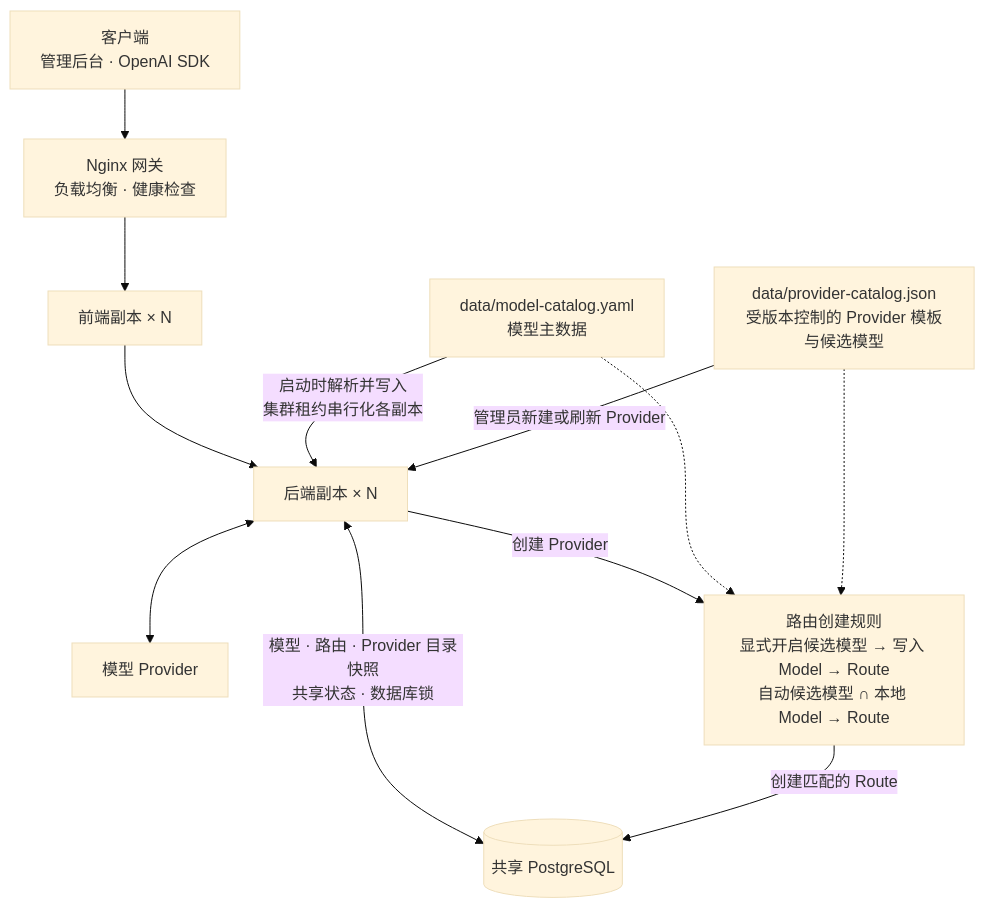
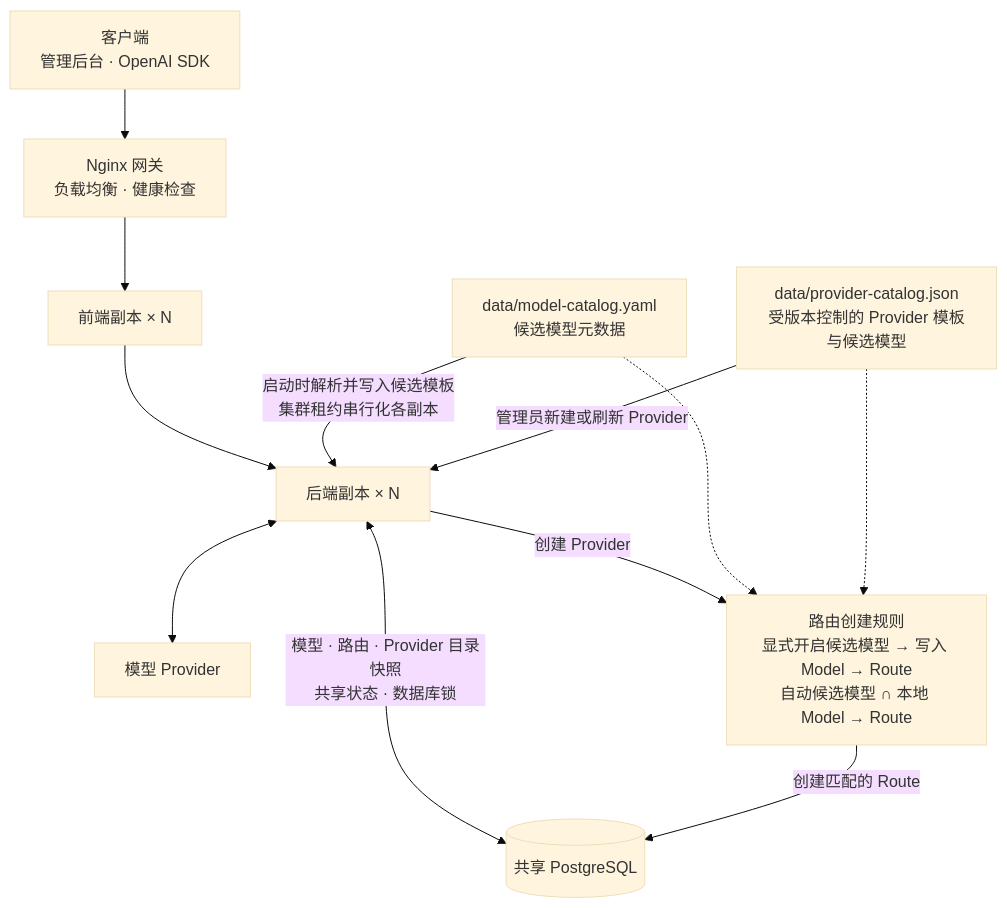
One commit to IIXINGCHEN/TokenHub changed the diagram in docs/zh-CN/deployment.md. Above: the diagram before and after it, drawn with Mermaid (base theme). The commit also changed other lines of this file and 30 other files, not shown here.

````diff
--- a/docs/zh-CN/deployment.md
+++ b/docs/zh-CN/deployment.md
@@ -53,16 +53,16 @@
 ```mermaid
 flowchart TB
     clients["客户端<br/>管理后台 · OpenAI SDK"] --> nginx["Nginx 网关<br/>负载均衡 · 健康检查"]
     nginx --> frontend["前端副本 × N"]
     frontend --> backend["后端副本 × N"]
     backend <--> providers["模型 Provider"]
 
-    local["data/model-catalog.yaml<br/>模型主数据"] -->|"启动时解析并写入<br/>集群租约串行化各副本"| backend
+    local["data/model-catalog.yaml<br/>候选模型元数据"] -->|"启动时解析并写入候选模板<br/>集群租约串行化各副本"| backend
     providerCatalog["data/provider-catalog.json<br/>受版本控制的 Provider 模板与候选模型"] -->|"管理员新建或刷新 Provider"| backend
     backend <-->|"模型 · 路由 · Provider 目录快照<br/>共享状态 · 数据库锁"| postgres[("共享 PostgreSQL")]
 
     backend -->|"创建 Provider"| rule["路由创建规则<br/>显式开启候选模型 → 写入 Model → Route<br/>自动候选模型 ∩ 本地 Model → Route"]
     local -.-> rule
     providerCatalog -.-> rule
     rule -->|"创建匹配的 Route"| postgres
 ```
````
